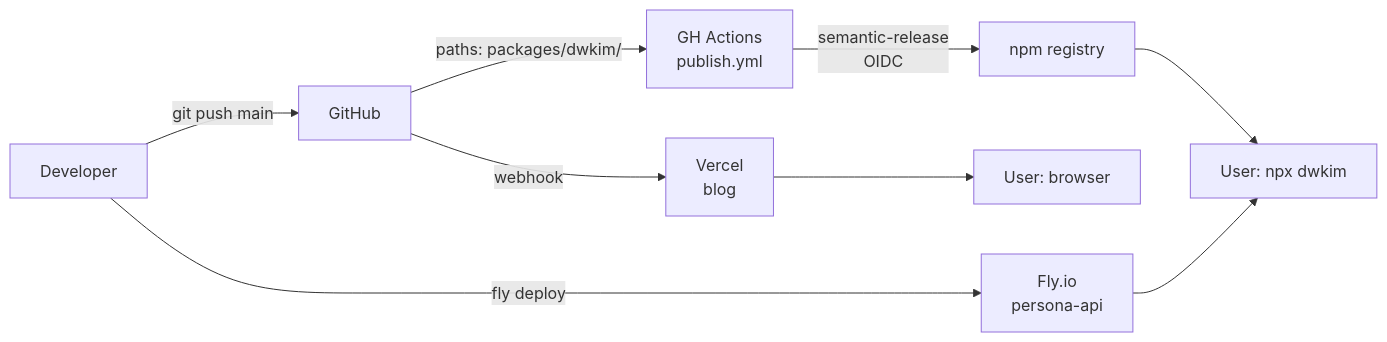
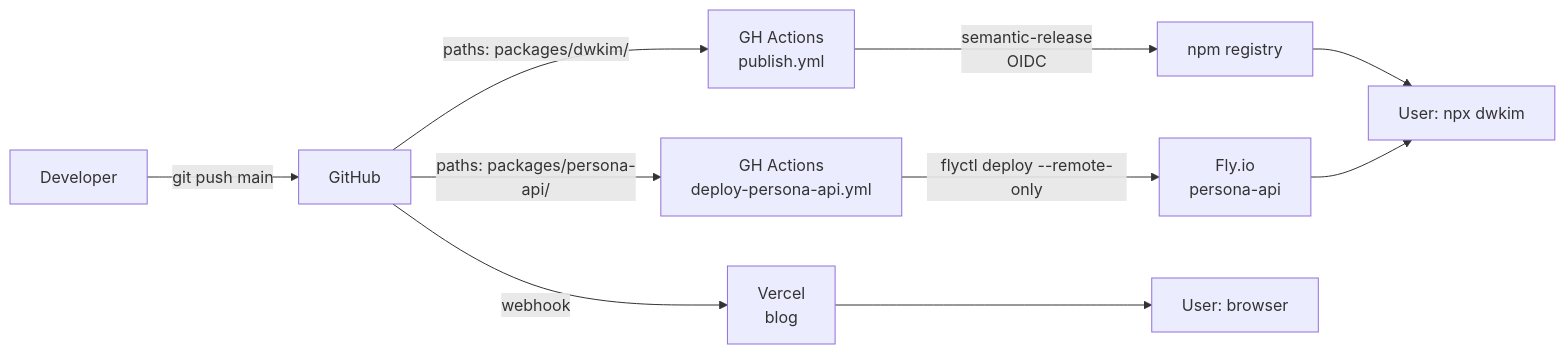
Before and after one commit to domuk-k/dwkim: the diagram in DEPLOYMENT.md, drawn with Mermaid. The commit also changed other lines of this file and 3 other files, not shown here.

First line of the commit message:
docs: reflect persona-api CI auto-deploy across runbooks

````diff
--- a/DEPLOYMENT.md
+++ b/DEPLOYMENT.md
@@ -17,14 +17,16 @@
 ```mermaid
 flowchart LR
     Dev[Developer] -->|git push main| GH[GitHub]
-    Dev -->|fly deploy| Fly[Fly.io<br/>persona-api]
 
-    GH -->|paths: packages/dwkim/| GHA[GH Actions<br/>publish.yml]
-    GHA -->|semantic-release<br/>OIDC| NPM[npm registry]
+    GH -->|paths: packages/dwkim/| GHA_Publish[GH Actions<br/>publish.yml]
+    GHA_Publish -->|semantic-release<br/>OIDC| NPM[npm registry]
+
+    GH -->|paths: packages/persona-api/| GHA_Deploy[GH Actions<br/>deploy-persona-api.yml]
+    GHA_Deploy -->|flyctl deploy --remote-only| Fly[Fly.io<br/>persona-api]
 
     GH -->|webhook| Vercel[Vercel<br/>blog]
 
     NPM --> UserCLI[User: npx dwkim]
     Vercel --> UserBlog[User: browser]
     Fly --> UserCLI
 ```
````
